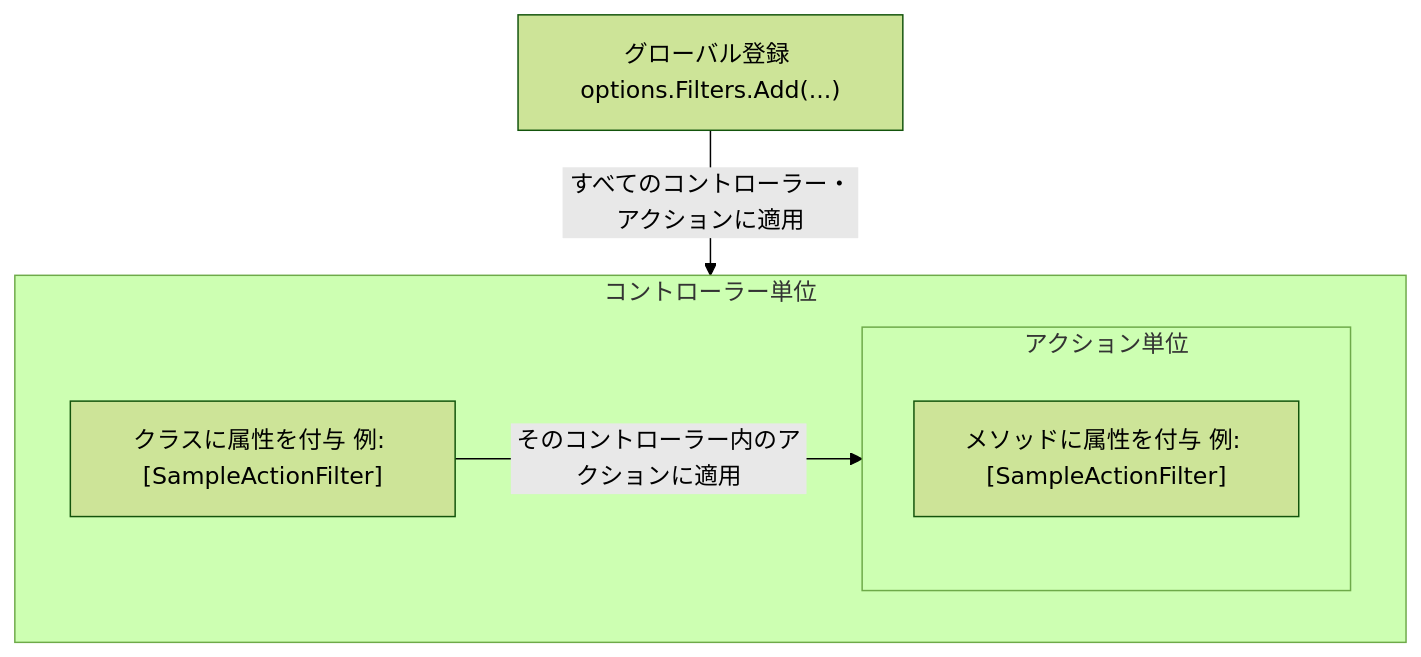
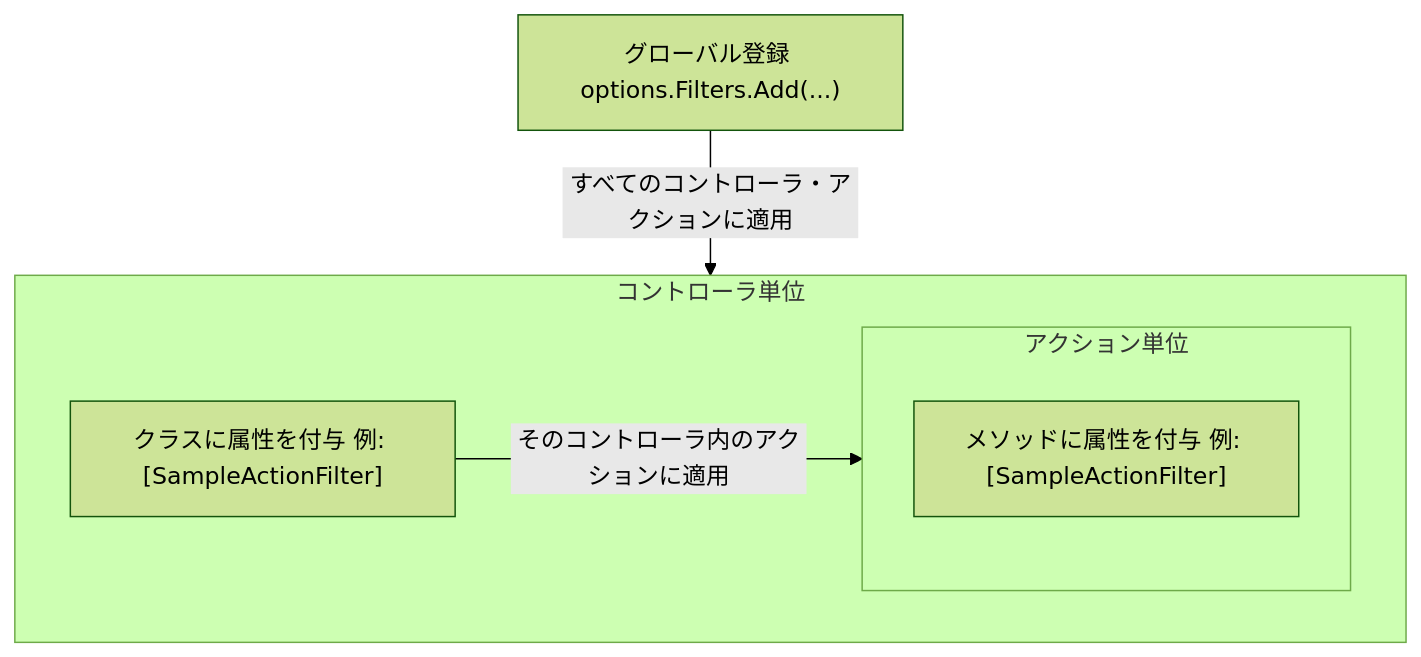
The eighth of 8 diagrams in docs/03-mvc-web-and-api.md (microsoft/aspnetcore-ja-handbook), drawn with Mermaid (forest theme) before and after one commit. The commit also changed other lines of this file and 3 other files, not shown here.

````diff
--- a/docs/03-mvc-web-and-api.md
+++ b/docs/03-mvc-web-and-api.md
@@ -950,12 +950,12 @@
 ```mermaid
 flowchart TD
     G["グローバル登録 options.Filters.Add(...)"]
-    subgraph ctrl ["コントローラー単位"]
+    subgraph ctrl ["コントローラ単位"]
         CA["クラスに属性を付与 例: [SampleActionFilter]"]
         subgraph act ["アクション単位"]
             AA["メソッドに属性を付与 例: [SampleActionFilter]"]
         end
     end
-    G -->|すべてのコントローラー・アクションに適用| ctrl
-    CA -->|そのコントローラー内のアクションに適用| act
+    G -->|すべてのコントローラ・アクションに適用| ctrl
+    CA -->|そのコントローラ内のアクションに適用| act
 ```
````
